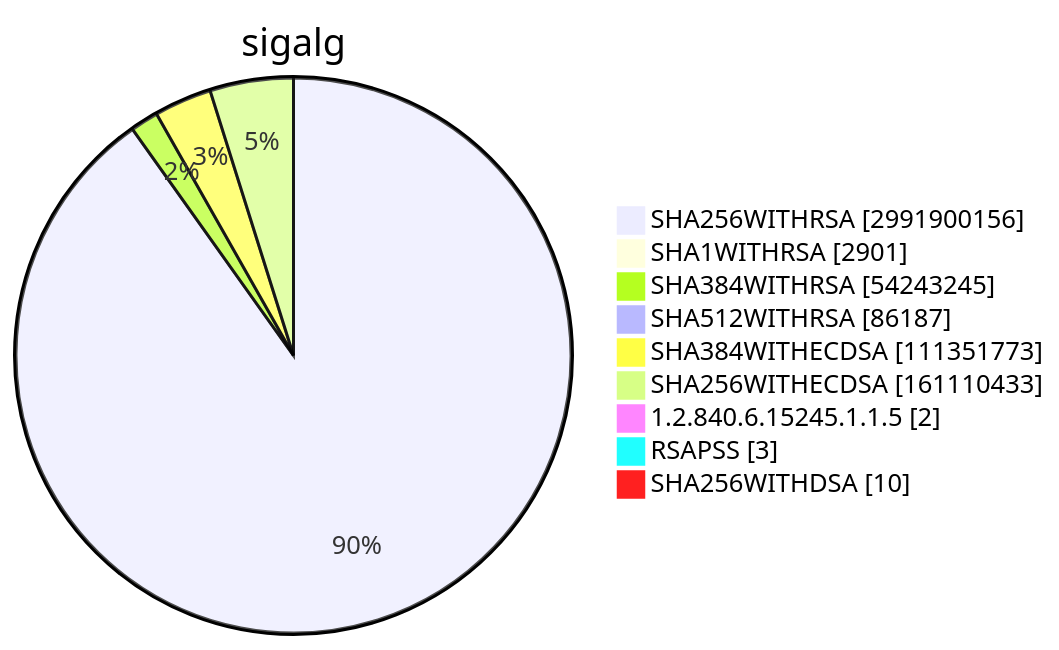
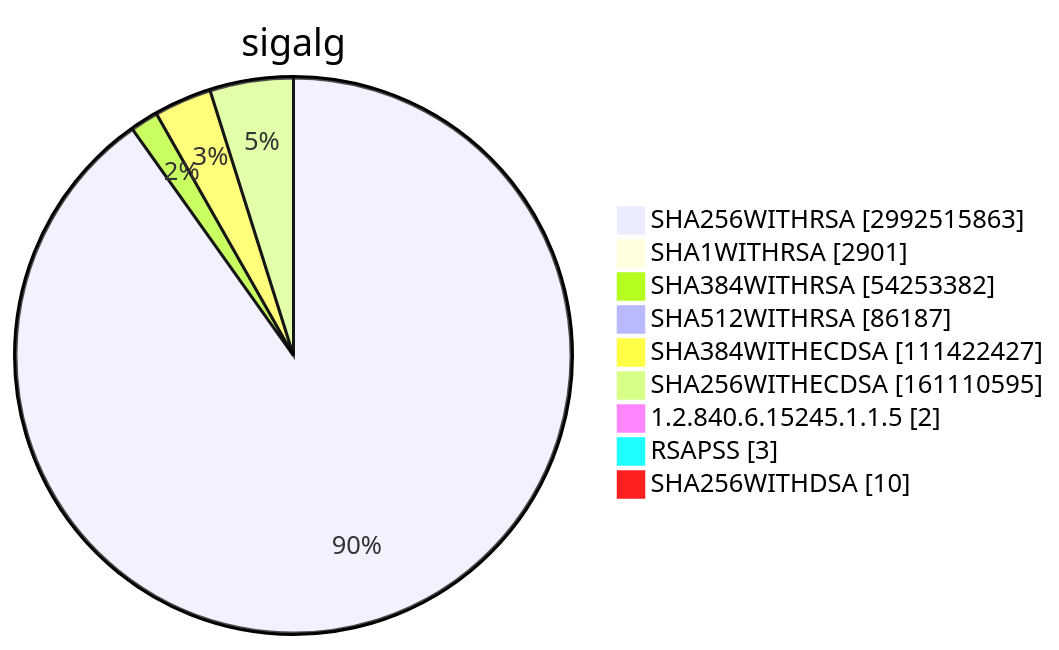
One commit to christiankrug/ctmonitor_visualization changed diagram 15 of 15 in TOTAL/README.md. Above: the diagram before and after it, drawn with Mermaid. The commit also changed other lines of this file, not shown here.

````diff
--- a/TOTAL/README.md
+++ b/TOTAL/README.md
@@ -6208,13 +6208,13 @@
 ```mermaid
 pie showData
 title sigalg
-"SHA256WITHRSA" :2991900156
+"SHA256WITHRSA" :2992515863
 "SHA1WITHRSA" :2901
-"SHA384WITHRSA" :54243245
+"SHA384WITHRSA" :54253382
 "SHA512WITHRSA" :86187
-"SHA384WITHECDSA" :111351773
-"SHA256WITHECDSA" :161110433
+"SHA384WITHECDSA" :111422427
+"SHA256WITHECDSA" :161110595
 "1.2.840.6.15245.1.1.5" :2
 "RSAPSS" :3
 "SHA256WITHDSA" :10
 ```
````
